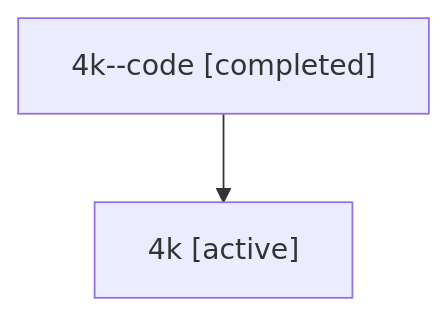
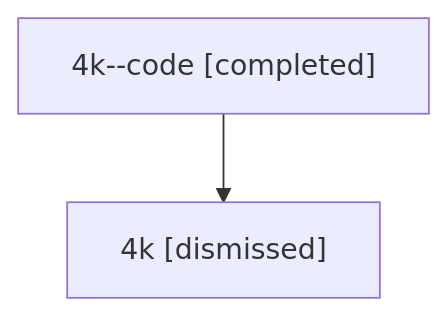
Before and after one commit to bobs-org/bob-cli--agents: the diagram in sessions/bbugyi200.athena.4k.md, drawn with Mermaid. The commit also changed other lines of this file and 46 other files, not shown here.

````diff
--- a/sessions/bbugyi200.athena.4k.md
+++ b/sessions/bbugyi200.athena.4k.md
@@ -9,6 +9,6 @@
 ```mermaid
 flowchart TD
   n0["4k--code [completed]"]
-  n1["4k [active]"]
+  n1["4k [dismissed]"]
   n0 --> n1
 ```
````
